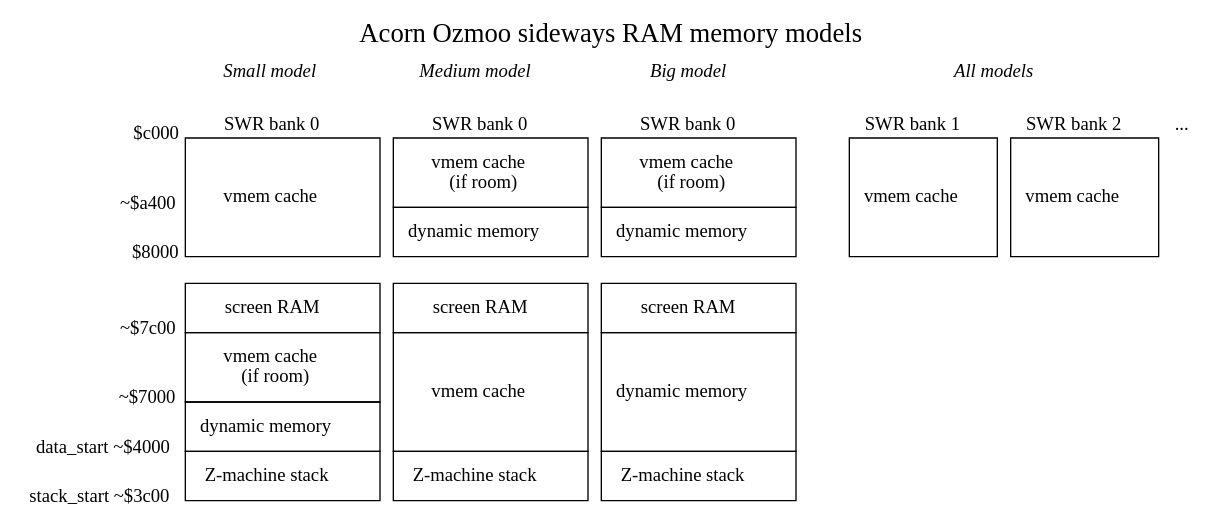
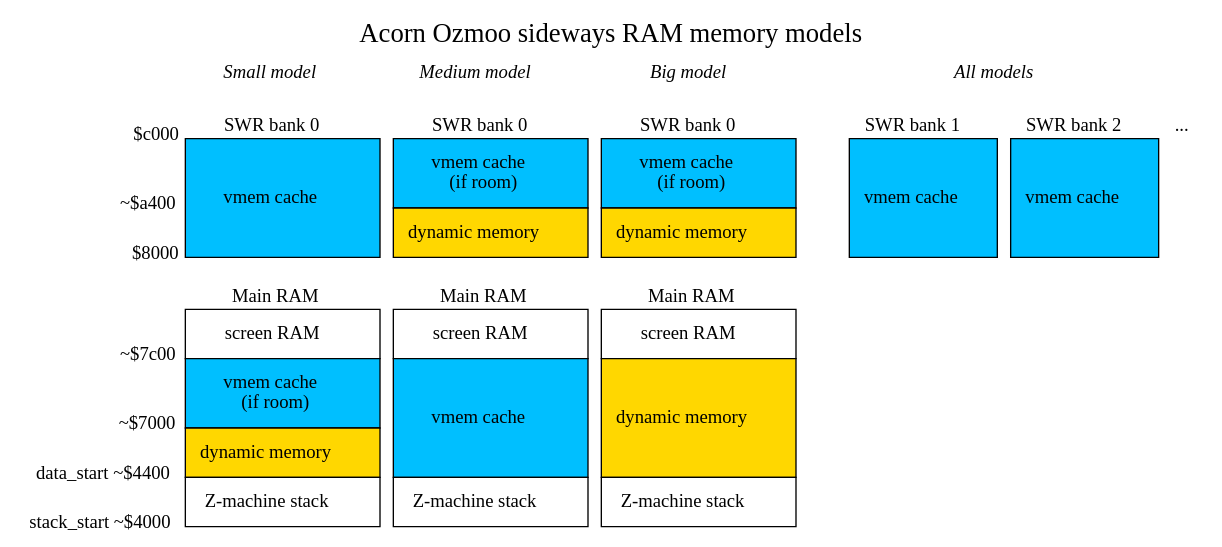
Before and after one commit to ZornsLemma/ozmoo: the diagram in documentation/techdocs/swr-memory-models.dot, drawn with Graphviz.

Commit message:
Tweak memory model diagram
By making stack_start $4000, it might be slightly less confusing to talk
about Ozmoo 4.x relocating the screen RAM to $3c00. Of course, the
addresses are all approximate anyway.

```diff
--- a/documentation/techdocs/swr-memory-models.dot
+++ b/documentation/techdocs/swr-memory-models.dot
@@ -1,89 +1,97 @@
 digraph memory {
     graph [nodesep=1, label="Acorn Ozmoo sideways RAM memory models", fontsize=20, labelloc=t];
     forcelabels=true;
     node [shape=plaintext];
 
     small [label=<
     <table border="0" cellspacing="0">
         <tr>
 	    <td></td>
             <td colspan="1" border="0"><i>Small model</i></td>
 	    <td width="10"></td>
             <td colspan="1" border="0"><i>Medium model</i></td>
 	    <td width="10"></td>
 	    <td colspan="1" border="0"><i>Big model</i></td>
 	    <td width="40"></td>
 	    <td colspan="3" border="0"><i>All models</i></td>
         </tr>
 	<tr>
 	    <td border="0" cellpadding="10"></td>
 	</tr>
 	<tr>
 	    <td align="text" valign="bottom"><sub>$c000</sub><br align="right" /></td>
 	    <td border="0">SWR bank 0</td>
 	    <td></td>
 	    <td border="0">SWR bank 0</td>
 	    <td></td>
 	    <td border="0">SWR bank 0</td>
 	    <td></td>
 	    <td border="0">SWR bank 1</td>
 	    <td width="10"></td>
 	    <td border="0">SWR bank 2</td>
 	    <td width="10"></td>
 	    <td border="0">...</td>
 	</tr>
 	<tr>
 	    <td align="text" valign="bottom"><sub>~$a400</sub><br align="right" /></td>
-	    <td border="1" rowspan="2" cellpadding="10">vmem cache</td>
+	    <td border="1" rowspan="2" cellpadding="10" bgcolor="deepskyblue1">vmem cache</td>
 	    <td></td>
-	    <td border="1" cellpadding="10">vmem cache<br />(if room)</td>
+	    <td border="1" cellpadding="10" bgcolor="deepskyblue1">vmem cache<br />(if room)</td>
 	    <td></td>
-	    <td border="1" cellpadding="10">vmem cache<br />(if room)</td>
+	    <td border="1" cellpadding="10" bgcolor="deepskyblue1">vmem cache<br />(if room)</td>
 	    <td></td>
-	    <td border="1" rowspan="2" cellpadding="10">vmem cache</td>
+	    <td border="1" rowspan="2" cellpadding="10" bgcolor="deepskyblue1">vmem cache</td>
 	    <td></td>
-	    <td border="1" rowspan="2" cellpadding="10">vmem cache</td>
+	    <td border="1" rowspan="2" cellpadding="10" bgcolor="deepskyblue1">vmem cache</td>
 	</tr>
         <tr>
             <td align="text" valign="bottom"><sub>$8000</sub><br align="right" /></td>
 	    <td></td>
-	    <td border="1" cellpadding="10">dynamic memory</td>
+	    <td border="1" cellpadding="10" bgcolor="gold1">dynamic memory</td>
 	    <td></td>
-	    <td border="1" cellpadding="10">dynamic memory</td>
+	    <td border="1" cellpadding="10" bgcolor="gold1">dynamic memory</td>
         </tr>
 	<tr>
 	    <td border="0" cellpadding="10"></td>
+	</tr>
+	<tr>
+	    <td></td>
+	    <td border="0">Main RAM</td>
+	    <td></td>
+	    <td border="0">Main RAM</td>
+	    <td></td>
+	    <td border="0">Main RAM</td>
 	</tr>
         <tr>
             <td align="text" valign="bottom"><sub>~$7c00</sub><br align="right" /></td>
             <td border="1" cellpadding="10">screen RAM</td>
 	    <td></td>
             <td border="1" cellpadding="10">screen RAM</td>
 	    <td></td>
             <td border="1" cellpadding="10">screen RAM</td>
         </tr>
         <tr>
             <td align="text" valign="bottom"><sub>~$7000</sub><br align="right" /></td>
-            <td border="1" cellpadding="10">vmem cache<br />(if room)</td>
+            <td border="1" cellpadding="10" bgcolor="deepskyblue1">vmem cache<br />(if room)</td>
 	    <td></td>
-            <td border="1" rowspan="2" cellpadding="10">vmem cache</td>
+            <td border="1" rowspan="2" cellpadding="10" bgcolor="deepskyblue1">vmem cache</td>
 	    <td></td>
-            <td border="1" rowspan="2" cellpadding="10">dynamic memory</td>
+            <td border="1" rowspan="2" cellpadding="10" bgcolor="gold1">dynamic memory</td>
         </tr>
         <tr>
-            <td align="text" valign="bottom"><sub>data_start ~$4000</sub><br align="right" /></td>
-            <td border="1" cellpadding="10">dynamic memory</td>
+            <td align="text" valign="bottom"><sub>data_start ~$4400</sub><br align="right" /></td>
+            <td border="1" cellpadding="10" bgcolor="gold1">dynamic memory</td>
         </tr>
         <tr>
-            <td align="text" valign="bottom"><sub>stack_start ~$3c00</sub><br align="right" /></td>
+            <td align="text" valign="bottom"><sub>stack_start ~$4000</sub><br align="right" /></td>
             <td border="1" cellpadding="10">Z-machine stack</td>
 	    <td></td>
             <td border="1" cellpadding="10">Z-machine stack</td>
 	    <td></td>
             <td border="1" cellpadding="10">Z-machine stack</td>
         </tr>
     </table>>];
 
 }
 
 # vi: sw=4 sts=4
```
